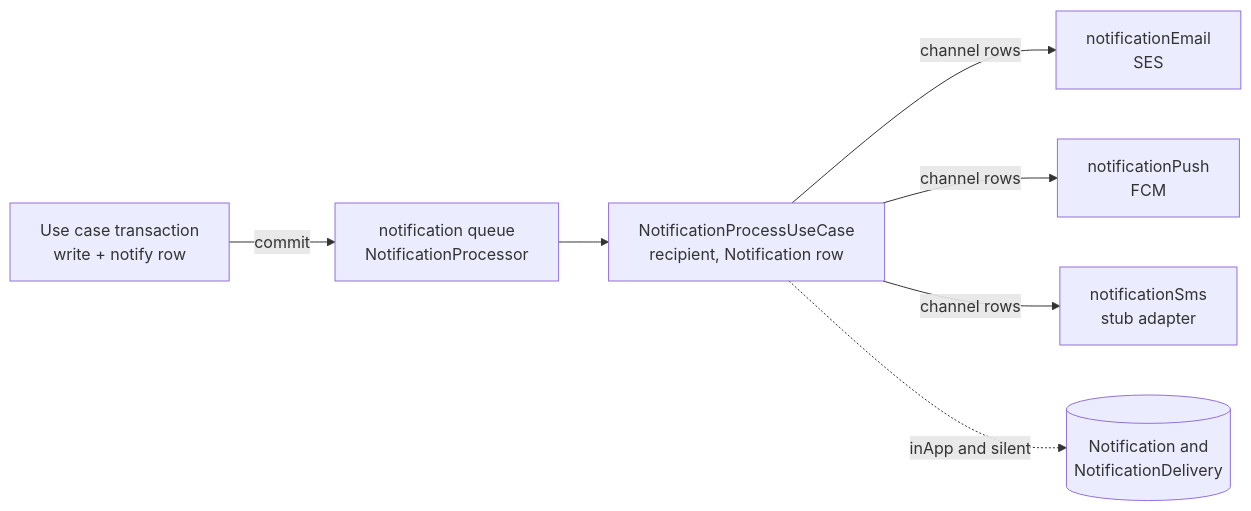
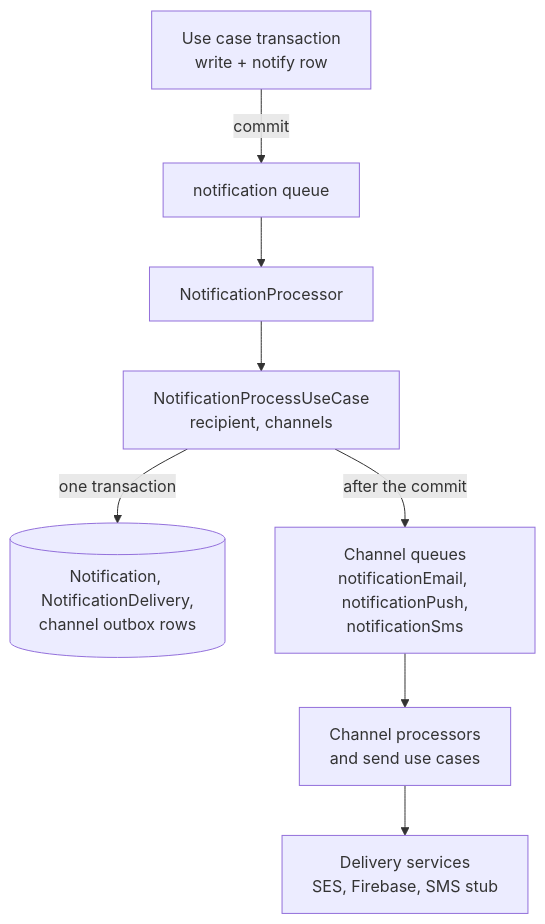
One commit to andrechristikan/ack-nestjs-boilerplate changed the diagram in docs/concepts/notification.md. Above: the diagram before and after it, drawn with Mermaid. The commit also changed other lines of this file and 35 other files, not shown here.

Commit message:
docs: draw every diagram top to bottom and match each to its page

````diff
--- a/docs/concepts/notification.md
+++ b/docs/concepts/notification.md
@@ -37,9 +39,10 @@
 ```mermaid
-flowchart LR
-    UC["Use case transaction<br/>write + notify row"] -->|commit| NQ["notification queue<br/>NotificationProcessor"]
-    NQ --> PU["NotificationProcessUseCase<br/>recipient, Notification row"]
-    PU -->|channel rows| EQ["notificationEmail<br/>SES"]
-    PU -->|channel rows| PQ["notificationPush<br/>FCM"]
-    PU -->|channel rows| SQ["notificationSms<br/>stub adapter"]
-    PU -.->|inApp and silent| DB[("Notification and<br/>NotificationDelivery")]
+flowchart TB
+    UC["Use case transaction<br/>write + notify row"] -->|commit| NQ["notification queue"]
+    NQ --> NP["NotificationProcessor"]
+    NP --> PU["NotificationProcessUseCase<br/>recipient, channels"]
+    PU -->|one transaction| DB[("Notification, NotificationDelivery,<br/>channel outbox rows")]
+    PU -->|after the commit| CQ["Channel queues<br/>notificationEmail, notificationPush,<br/>notificationSms"]
+    CQ --> CP["Channel processors<br/>and send use cases"]
+    CP --> DS["Delivery services<br/>SES, Firebase, SMS stub"]
 ```
````
